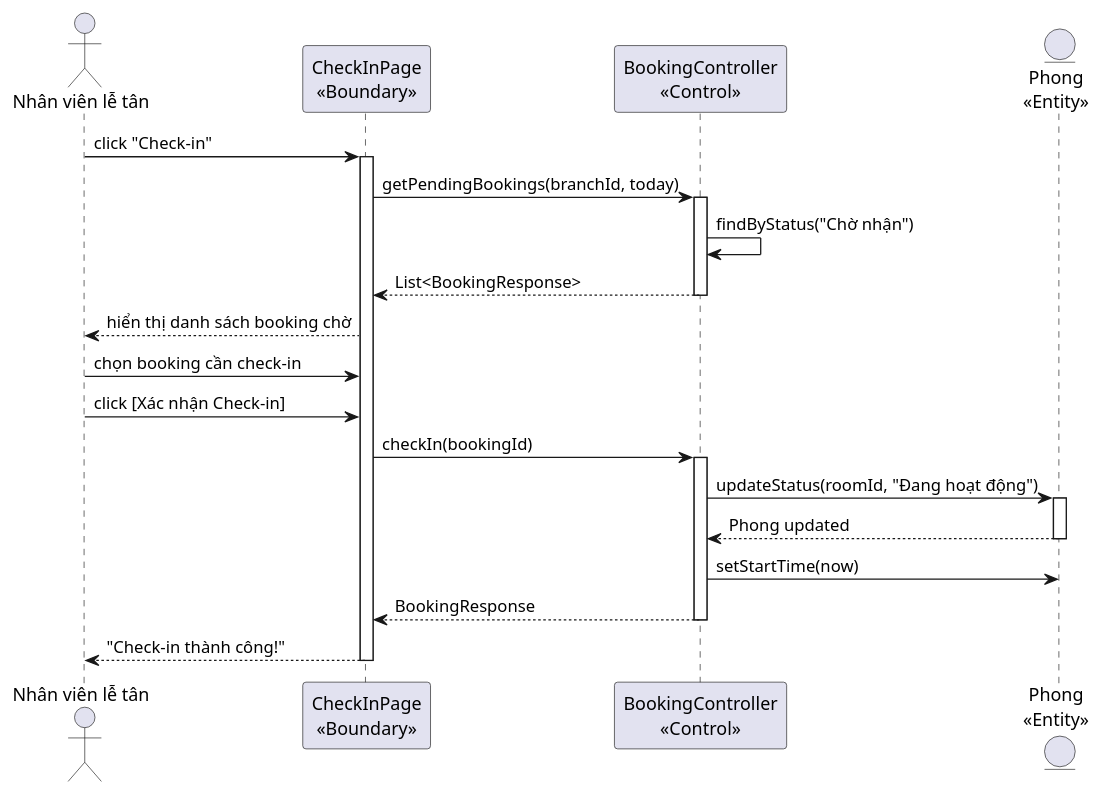
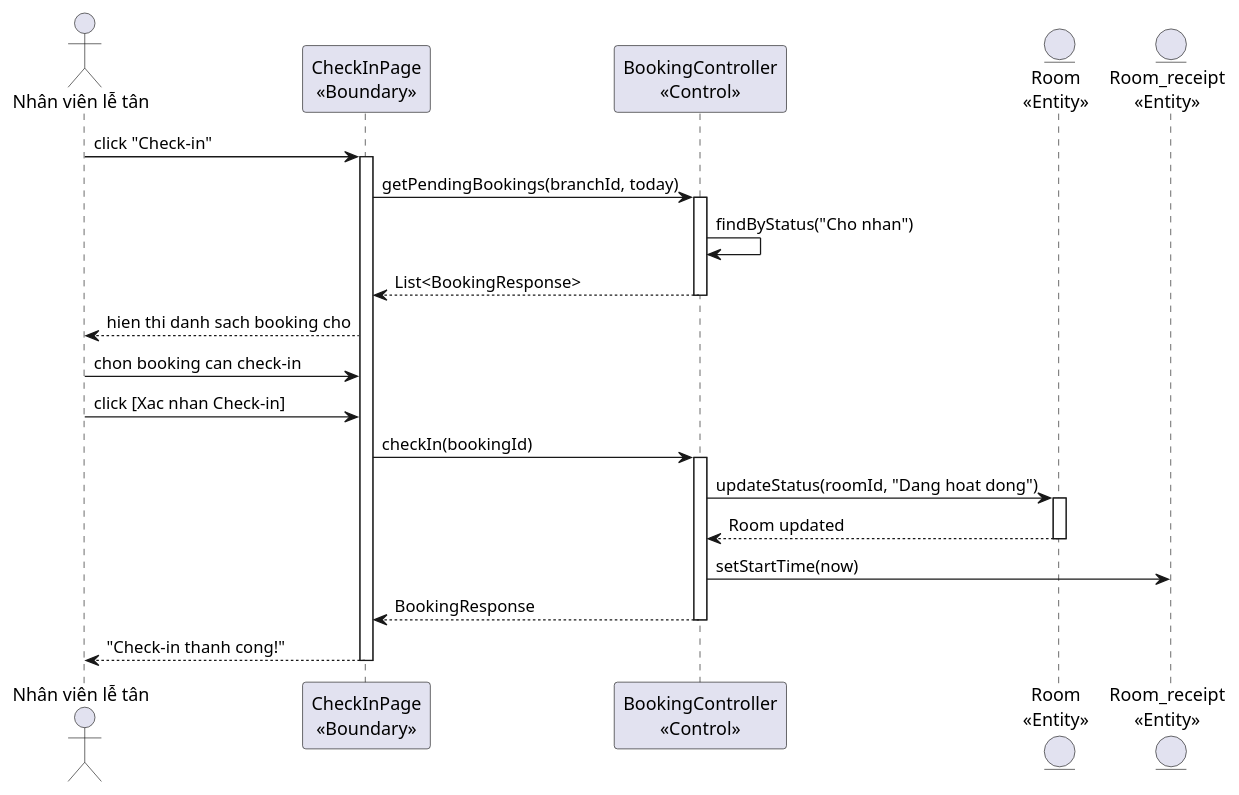
Before and after one commit to thanhtrnnn/cnpm: the second of 4 diagrams in docs/tabs/section-booking-iii.4.md, drawn with PlantUML. The commit also changed other lines of this file and 10 other files, not shown here.

First line of the commit message:
sync: update all sequence diagrams with English entity names per Google Docs

````diff
--- a/docs/tabs/section-booking-iii.4.md
+++ b/docs/tabs/section-booking-iii.4.md
@@ -119,31 +119,32 @@
 ```plantuml
 @startuml
 actor "Nhân viên lễ tân" as NV
 participant "CheckInPage\n<<Boundary>>" as CheckIn
 participant "BookingController\n<<Control>>" as Ctrl
-entity "Phong\n<<Entity>>" as Phong
+entity "Room\n<<Entity>>" as Room
+entity "Room_receipt\n<<Entity>>" as RR
 
 NV -> CheckIn: click "Check-in"
 activate CheckIn
 CheckIn -> Ctrl: getPendingBookings(branchId, today)
 activate Ctrl
-Ctrl -> Ctrl: findByStatus("Chờ nhận")
+Ctrl -> Ctrl: findByStatus("Cho nhan")
 Ctrl --> CheckIn: List<BookingResponse>
 deactivate Ctrl
-CheckIn --> NV: hiển thị danh sách booking chờ
+CheckIn --> NV: hien thi danh sach booking cho
 
-NV -> CheckIn: chọn booking cần check-in
-NV -> CheckIn: click [Xác nhận Check-in]
+NV -> CheckIn: chon booking can check-in
+NV -> CheckIn: click [Xac nhan Check-in]
 CheckIn -> Ctrl: checkIn(bookingId)
 activate Ctrl
-Ctrl -> Phong: updateStatus(roomId, "Đang hoạt động")
-activate Phong
-Phong --> Ctrl: Phong updated
-deactivate Phong
-Ctrl -> Phong: setStartTime(now)
+Ctrl -> Room: updateStatus(roomId, "Dang hoat dong")
+activate Room
+Room --> Ctrl: Room updated
+deactivate Room
+Ctrl -> RR: setStartTime(now)
 Ctrl --> CheckIn: BookingResponse
 deactivate Ctrl
-CheckIn --> NV: "Check-in thành công!"
+CheckIn --> NV: "Check-in thanh cong!"
 deactivate CheckIn
 @enduml
 ```
````
